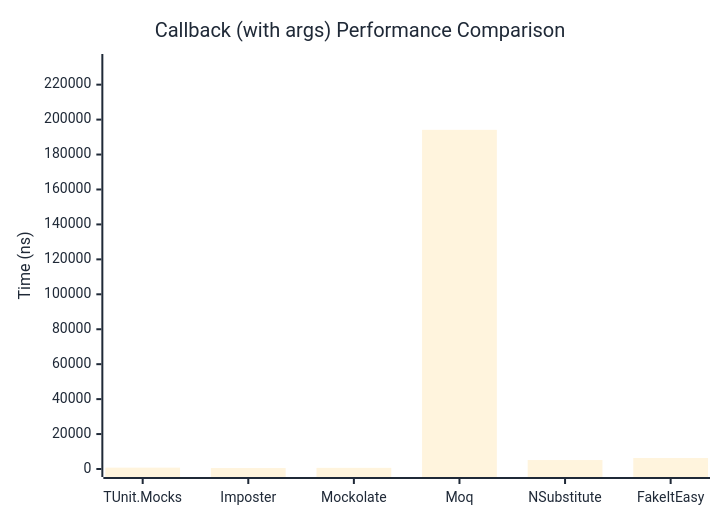
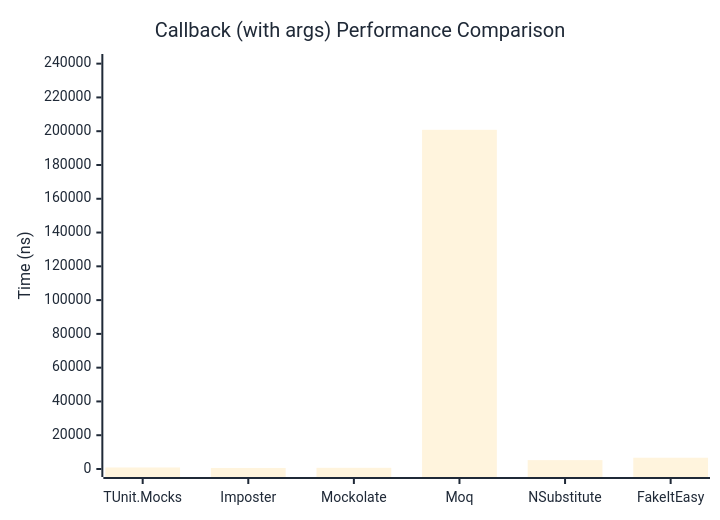
One commit to thomhurst/TUnit changed the second of 2 diagrams in docs/docs/benchmarks/mocks/Callback.md. Above: the diagram before and after it, drawn with Mermaid. The commit also changed other lines of this file and 13 other files, not shown here.

````diff
--- a/docs/docs/benchmarks/mocks/Callback.md
+++ b/docs/docs/benchmarks/mocks/Callback.md
@@ -69,27 +69,27 @@
 ```mermaid
 %%{init: {
   'theme':'base',
   'themeVariables': {
     'primaryColor': '#2563eb',
     'primaryTextColor': '#1f2937',
     'primaryBorderColor': '#1e40af',
     'lineColor': '#6b7280',
     'secondaryColor': '#7c3aed',
     'tertiaryColor': '#dc2626',
     'background': '#ffffff',
     'pie1': '#2563eb',
     'pie2': '#7c3aed',
     'pie3': '#dc2626',
     'pie4': '#f59e0b',
     'pie5': '#10b981',
     'pie6': '#06b6d4',
     'pie7': '#ec4899',
     'pie8': '#6366f1'
   }
 }}%%
 xychart-beta
   title "Callback (with args) Performance Comparison"
   x-axis ["TUnit.Mocks", "Imposter", "Mockolate", "Moq", "NSubstitute", "FakeItEasy"]
-  y-axis "Time (ns)" 0 --> 232971
-  bar [772.7, 541.6, 662.3, 194142.1, 5128.9, 6309.5]
+  y-axis "Time (ns)" 0 --> 240973
+  bar [906.3, 609.7, 693.1, 200810.5, 5251.6, 6672.2]
 ```
````
